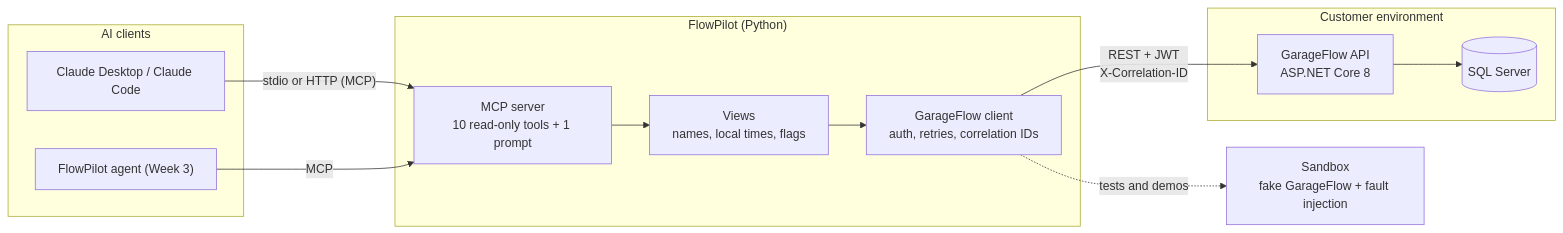
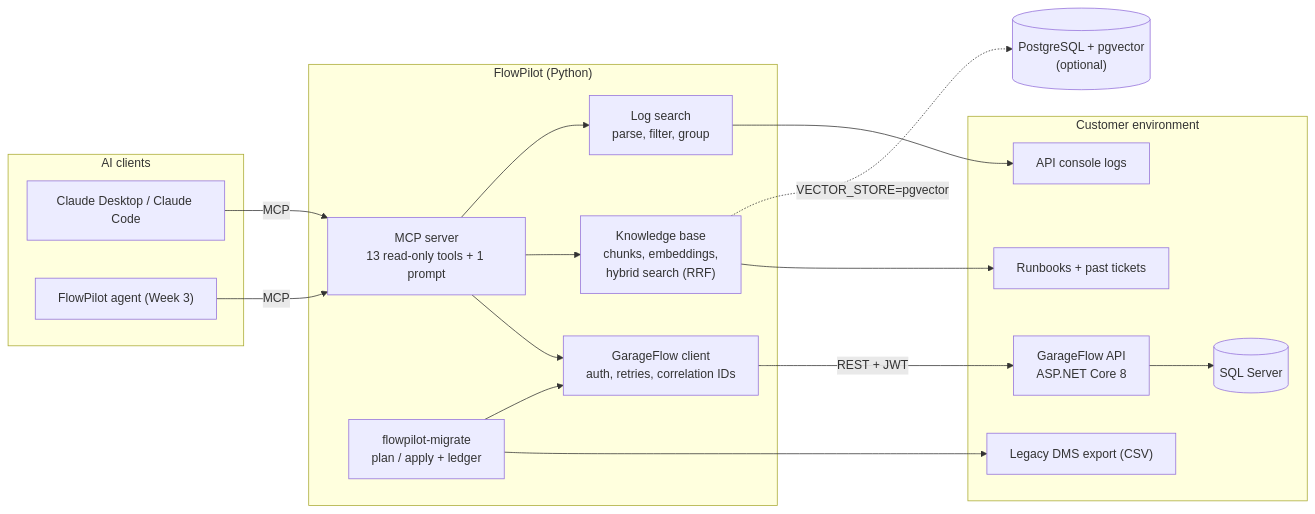
One commit to Chandrabosechiluka/FlowPilot changed the diagram in README.md. Above: the diagram before and after it, drawn with Mermaid. The commit also changed other lines of this file and 66 other files, not shown here.

````diff
--- a/README.md
+++ b/README.md
@@ -20,23 +23,31 @@
 ```mermaid
 flowchart LR
     subgraph Clients["AI clients"]
         CD["Claude Desktop / Claude Code"]
         AG["FlowPilot agent (Week 3)"]
     end
     subgraph FP["FlowPilot (Python)"]
-        MCP["MCP server<br/>10 read-only tools + 1 prompt"]
-        V["Views<br/>names, local times, flags"]
+        MCP["MCP server<br/>13 read-only tools + 1 prompt"]
+        KB["Knowledge base<br/>chunks, embeddings,<br/>hybrid search (RRF)"]
+        LG["Log search<br/>parse, filter, group"]
         C["GarageFlow client<br/>auth, retries, correlation IDs"]
+        MIG["flowpilot-migrate<br/>plan / apply + ledger"]
     end
     subgraph Customer["Customer environment"]
         GF["GarageFlow API<br/>ASP.NET Core 8"]
         DB[("SQL Server")]
+        LOGS["API console logs"]
+        DOCS["Runbooks + past tickets"]
+        LEG["Legacy DMS export (CSV)"]
     end
-    SB["Sandbox<br/>fake GarageFlow + fault injection"]
+    PG[("PostgreSQL + pgvector<br/>(optional)")]
 
-    CD -- "stdio or HTTP (MCP)" --> MCP
+    CD -- MCP --> MCP
     AG -- MCP --> MCP
-    MCP --> V --> C
-    C -- "REST + JWT<br/>X-Correlation-ID" --> GF --> DB
-    C -. "tests and demos" .-> SB
+    MCP --> C -- "REST + JWT" --> GF --> DB
+    MCP --> KB --> DOCS
+    KB -. "VECTOR_STORE=pgvector" .-> PG
+    MCP --> LG --> LOGS
+    MIG --> LEG
+    MIG --> C
 ```
````
